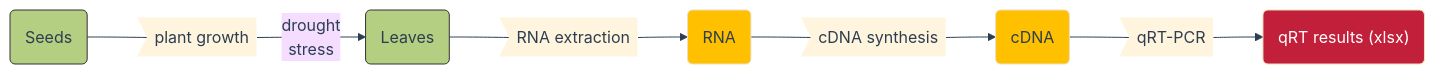
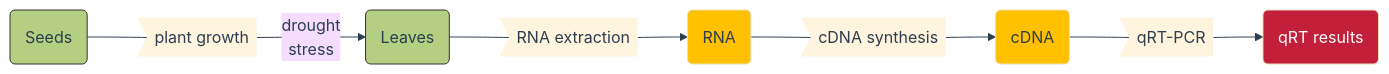
The first of 6 diagrams in src/docs/guides/ARC-practical-entry.md (nfdi4plants/nfdi4plants.knowledgebase), drawn with Mermaid before and after one commit. The commit also changed other lines of this file, not shown here.

````diff
--- a/src/docs/guides/ARC-practical-entry.md
+++ b/src/docs/guides/ARC-practical-entry.md
@@ -58,49 +58,49 @@
 ```mermaid
 
 %%{
   init: {
     'theme': 'base',
     'themeVariables': {
       'background': '#fff',
       'lineColor': '#2d3e50',
       'primaryTextColor': '#2d3e50'
     }
   }
 }%%
 
 flowchart LR
 
 %% Nodes
   S1(Seeds)
   S2(Leaves)
   
   M1(RNA)
   M3(cDNA)
 
   P1>plant growth]
   P2>RNA extraction]
   P4>cDNA synthesis]
   P5>qRT-PCR]
   
-  D1("qRT results (xlsx)")
+  D1("qRT results")
 
 %% Links
 
   S1 ---P1--drought\nstress--> S2
   S2 ---P2--> M1
   M1 ---P4--> M3
   M3 ---P5--> D1
 
 %% Defining node styles
   classDef S fill:#b4ce82, stroke:#333;
   classDef M fill:#ffc000;
   classDef D fill:#c21f3a,color:white;
   classDef P stroke-width:0px;  
 
 %% Assigning styles to nodes
   class Sx,S1,S2 S;
   class Mx,M1,M2,M3,M4,M5,M6 M;
   class Dx,D1,D2,D3,D4,D5 D;
   class Px,P1,P2,P3,P4,P5,P6,P7,P8,P9,P10,P11,P12,P13 P;
 
 ```
````
